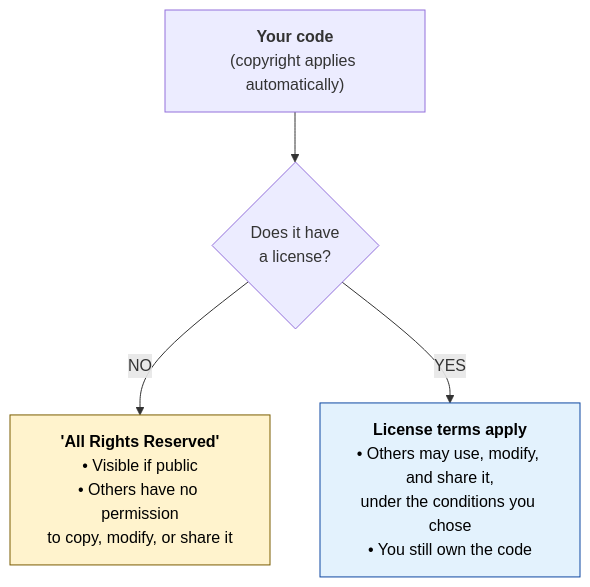
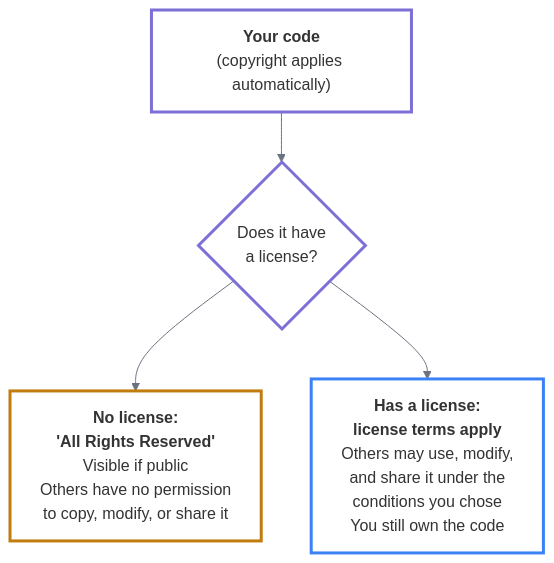
The diagram in episodes/why-license.md (UC-OSPO-Network/oss-license-workshop), drawn with Mermaid before and after one commit. The commit also changed 1 other file, not shown here.

Commit message:
Make the Episode 1 diagram readable in light and dark mode, restore the Episode 4 challenge, finalize the license guide link

````diff
--- a/episodes/why-license.md
+++ b/episodes/why-license.md
@@ -137,15 +137,18 @@
 ```mermaid
+%%{init: {"theme": "base", "themeVariables": {"fontSize": "16px", "lineColor": "#6b7280"}}}%%
 flowchart TD
     accTitle: Does your code have a license?
     accDescr {
         A flowchart starting with your code, which is protected by copyright automatically. A decision asks whether the code has a license. If no, the code is All Rights Reserved: it is visible if public, but others have no permission to copy, modify, or share it. If yes, the license terms apply: others may use, modify, and share the code under the conditions you chose, and you still own the code.
     }
     A["<b>Your code</b><br/>(copyright applies automatically)"] --> B{"Does it have<br/>a license?"}
-    B -- NO --> C["<b>'All Rights Reserved'</b><br/>• Visible if public<br/>• Others have no permission<br/>to copy, modify, or share it"]
-    B -- YES --> D["<b>License terms apply</b><br/>• Others may use, modify, and share it,<br/>under the conditions you chose<br/>• You still own the code"]
+    B --> C["<b>No license:<br/>'All Rights Reserved'</b><br/>Visible if public<br/>Others have no permission<br/>to copy, modify, or share it"]
+    B --> D["<b>Has a license:<br/>license terms apply</b><br/>Others may use, modify,<br/>and share it under the<br/>conditions you chose<br/>You still own the code"]
 
-    classDef noLicense fill:#fff3cd,stroke:#7a5c00,color:#000
-    classDef hasLicense fill:#e3f2fd,stroke:#0d47a1,color:#000
+    classDef start fill:none,stroke:#7c6fd6,stroke-width:3px
+    classDef noLicense fill:none,stroke:#c27c0e,stroke-width:3px
+    classDef hasLicense fill:none,stroke:#3b82f6,stroke-width:3px
+    class A,B start
     class C noLicense
     class D hasLicense
 ```
````
